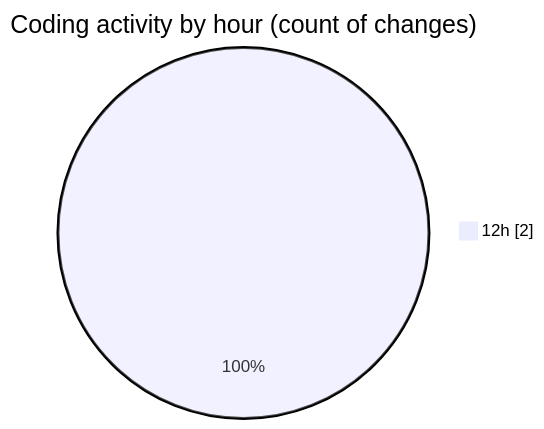
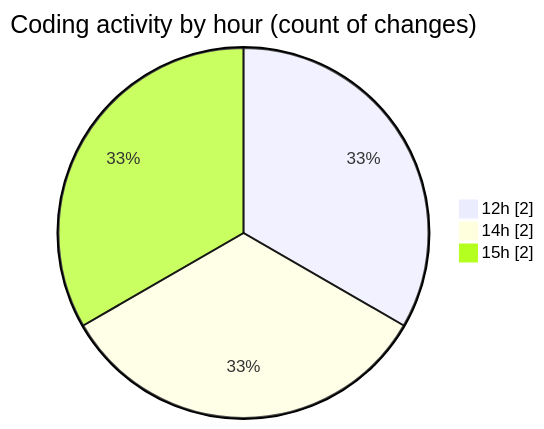
Before and after one commit to nxtqubesakshisongat/code-tracking: the second of 2 diagrams in 2025-05-20/nxtqube_webapp/README.md, drawn with Mermaid. The commit also changed other lines of this file and 1 other file, not shown here.

````diff
--- a/2025-05-20/nxtqube_webapp/README.md
+++ b/2025-05-20/nxtqube_webapp/README.md
@@ -28,5 +28,7 @@
 ```mermaid
 pie showData
 title Coding activity by hour (count of changes)
 "12h" : 2
+"14h" : 2
+"15h" : 2
 ```
````
